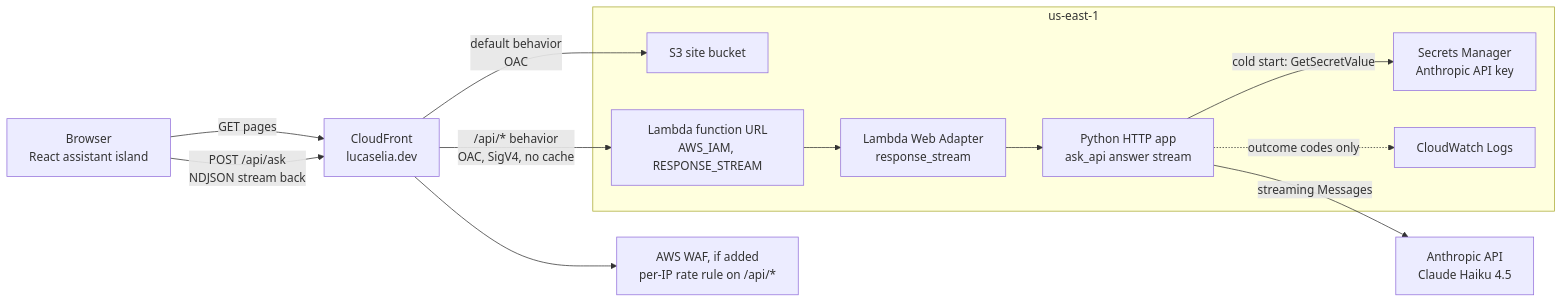
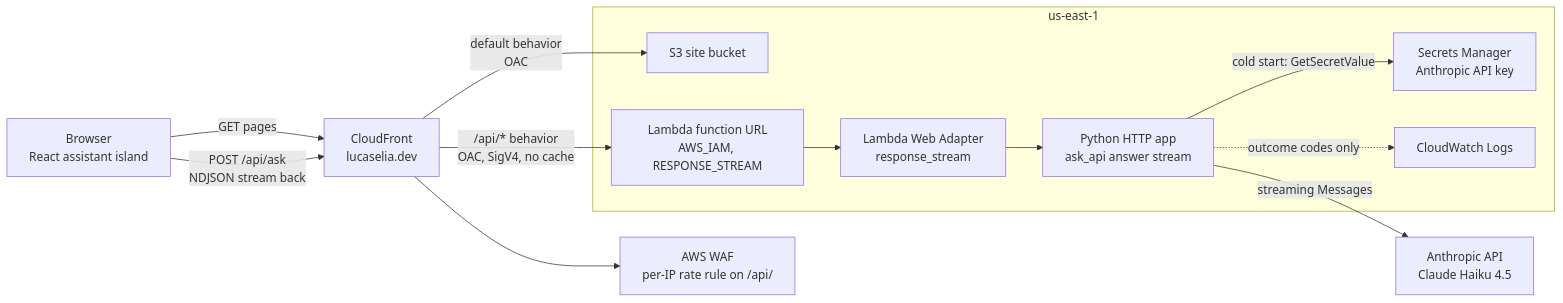
Before and after one commit to lucaselia10/lucaselia.dev: the first of 2 diagrams in docs/design/production-assistant.md, drawn with Mermaid. The commit also changed other lines of this file and 69 other files, not shown here.

Commit message:
Add assistant stack, API behavior, and WAF rate limit

````diff
--- a/docs/design/production-assistant.md
+++ b/docs/design/production-assistant.md
@@ -19,21 +19,21 @@
 ```mermaid
 flowchart LR
   B["Browser<br/>React assistant island"] -->|"GET pages"| CF["CloudFront<br/>lucaselia.dev"]
   B -->|"POST /api/ask<br/>NDJSON stream back"| CF
-  CF --> WAF["AWS WAF, if added<br/>per-IP rate rule on /api/*"]
+  CF --> WAF["AWS WAF<br/>per-IP rate rule on /api/"]
   CF -->|"default behavior<br/>OAC"| S3["S3 site bucket"]
   CF -->|"/api/* behavior<br/>OAC, SigV4, no cache"| FURL["Lambda function URL<br/>AWS_IAM, RESPONSE_STREAM"]
   FURL --> LWA["Lambda Web Adapter<br/>response_stream"]
   LWA --> APP["Python HTTP app<br/>ask_api answer stream"]
   APP -->|"cold start: GetSecretValue"| SM["Secrets Manager<br/>Anthropic API key"]
   APP -->|"streaming Messages"| ANT["Anthropic API<br/>Claude Haiku 4.5"]
   APP -.->|"outcome codes only"| CW["CloudWatch Logs"]
   subgraph us-east-1
     S3
     FURL
     LWA
     APP
     SM
     CW
   end
 ```
````
